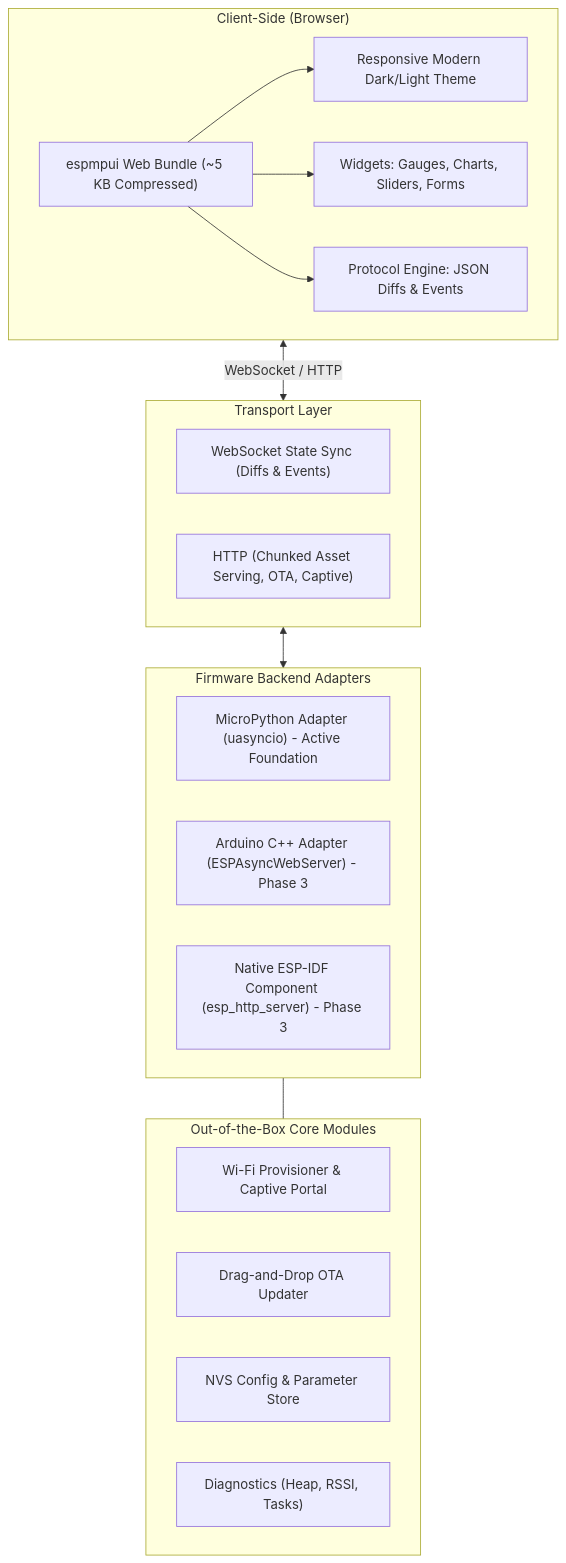
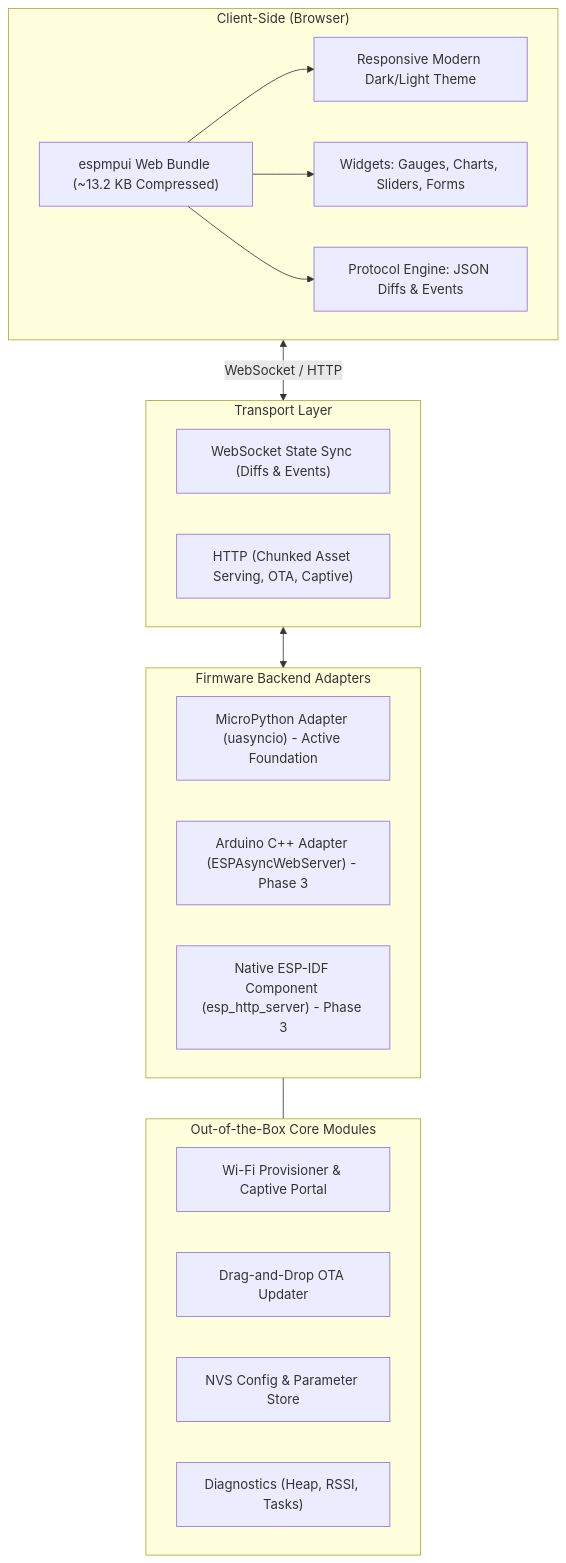
Before and after one commit to csseeker/espmpui: the second of 3 diagrams in docs/ROADMAP.md, drawn with Mermaid. The commit also changed other lines of this file and 7 other files, not shown here.

````diff
--- a/docs/ROADMAP.md
+++ b/docs/ROADMAP.md
@@ -55,34 +55,34 @@
 ```mermaid
 graph TD
     subgraph Browser ["Client-Side (Browser)"]
-        UI["espmpui Web Bundle (~5 KB Compressed)"]
+        UI["espmpui Web Bundle (~13.2 KB Compressed)"]
         MUI["Responsive Modern Dark/Light Theme"]
         Widgets["Widgets: Gauges, Charts, Sliders, Forms"]
         ProtoEngine["Protocol Engine: JSON Diffs & Events"]
         UI --> MUI
         UI --> Widgets
         UI --> ProtoEngine
     end
 
     subgraph Transport ["Transport Layer"]
         WS["WebSocket State Sync (Diffs & Events)"]
         HTTP["HTTP (Chunked Asset Serving, OTA, Captive)"]
     end
 
     subgraph Adapters ["Firmware Backend Adapters"]
         MPy["MicroPython Adapter (uasyncio) - Active Foundation"]
         Ard["Arduino C++ Adapter (ESPAsyncWebServer) - Phase 3"]
         IDF["Native ESP-IDF Component (esp_http_server) - Phase 3"]
     end
 
     subgraph Modules ["Out-of-the-Box Core Modules"]
         WiFi["Wi-Fi Provisioner & Captive Portal"]
         OTA["Drag-and-Drop OTA Updater"]
         NVS["NVS Config & Parameter Store"]
         Diag["Diagnostics (Heap, RSSI, Tasks)"]
     end
 
     Browser <-->|WebSocket / HTTP| Transport
     Transport <--> Adapters
     Adapters --- Modules
 ```
````
